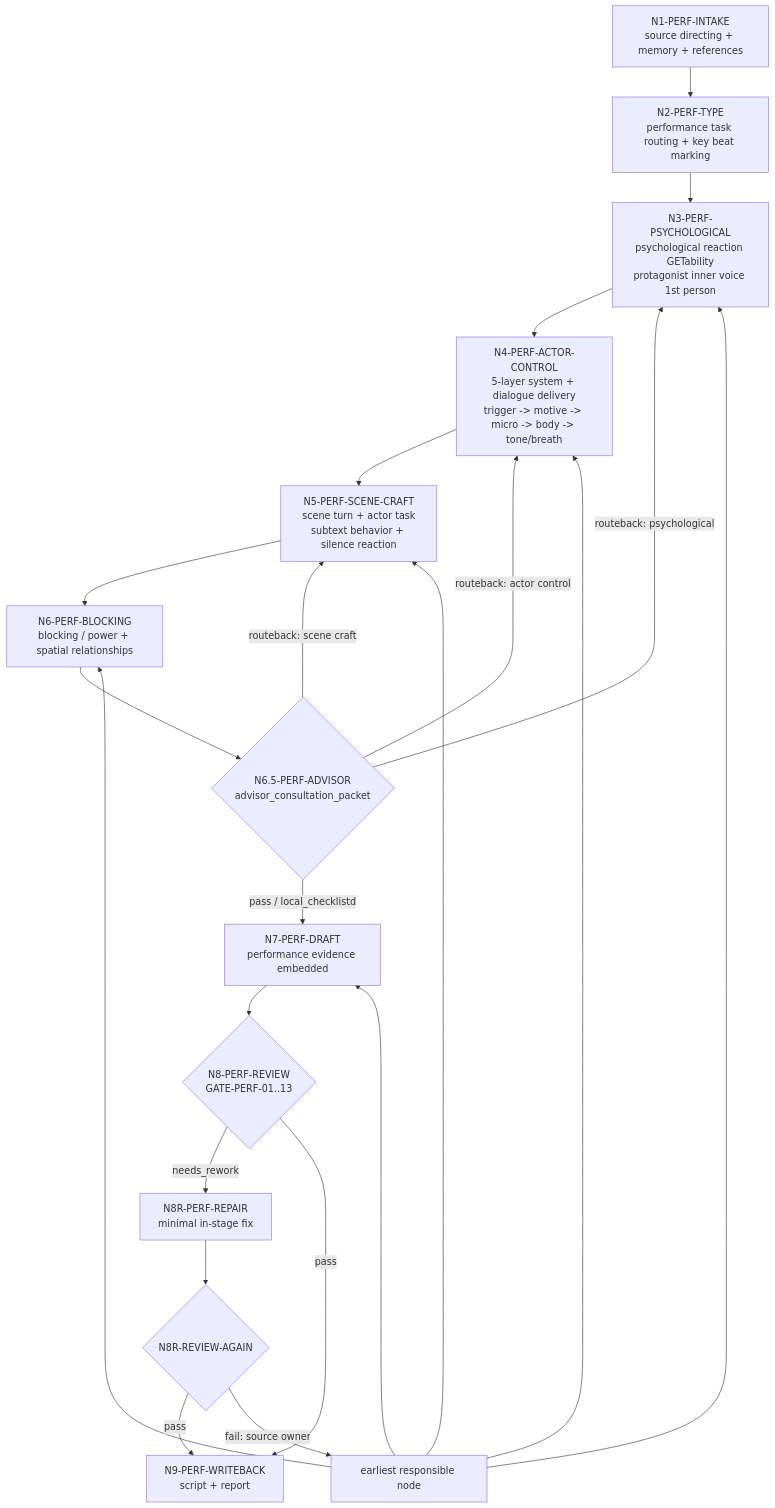
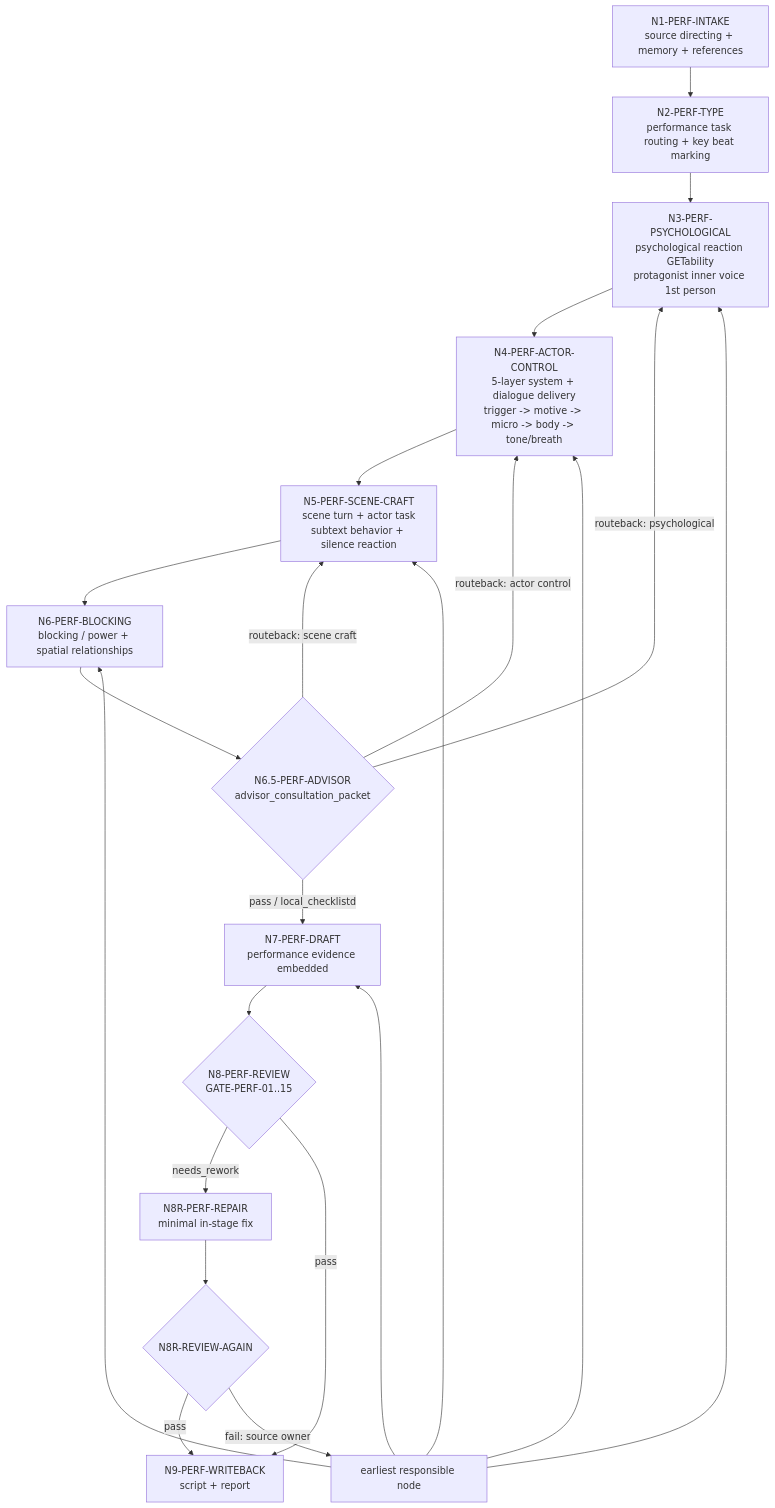
One commit to ZEN-VOID/AI-CUT changed the first of 2 diagrams in .agents/skills/aigc/4-表演/steps/directing-workflow.md. Above: the diagram before and after it, drawn with Mermaid. The commit also changed other lines of this file and 251 other files, not shown here.

````diff
--- a/.agents/skills/aigc/4-表演/steps/directing-workflow.md
+++ b/.agents/skills/aigc/4-表演/steps/directing-workflow.md
@@ -170,24 +174,24 @@
 ```mermaid
 flowchart TD
     A["N1-PERF-INTAKE\nsource directing + memory + references"] --> B["N2-PERF-TYPE\nperformance task routing + key beat marking"]
     B --> D["N3-PERF-PSYCHOLOGICAL\npsychological reaction GETability\nprotagonist inner voice 1st person"]
     D --> E["N4-PERF-ACTOR-CONTROL\n5-layer system + dialogue delivery\ntrigger -> motive -> micro -> body -> tone/breath"]
     E --> F["N5-PERF-SCENE-CRAFT\nscene turn + actor task\nsubtext behavior + silence reaction"]
     F --> G["N6-PERF-BLOCKING\nblocking / power + spatial relationships"]
     G --> AD{"N6.5-PERF-ADVISOR\nadvisor_consultation_packet"}
     AD -->|"routeback: psychological"| D
     AD -->|"routeback: actor control"| E
     AD -->|"routeback: scene craft"| F
     AD -->|"pass / local_checklistd"| H["N7-PERF-DRAFT\nperformance evidence embedded"]
-    H --> R{"N8-PERF-REVIEW\nGATE-PERF-01..13"}
+    H --> R{"N8-PERF-REVIEW\nGATE-PERF-01..15"}
     R -->|"needs_rework"| RR["N8R-PERF-REPAIR\nminimal in-stage fix"]
     RR --> R2{"N8R-REVIEW-AGAIN"}
     R2 -->|"pass"| W["N9-PERF-WRITEBACK\nscript + report"]
     R2 -->|"fail: source owner"| BACK["earliest responsible node"]
     BACK --> D
     BACK --> E
     BACK --> F
     BACK --> G
     BACK --> H
     R -->|"pass"| W
 ```
````
